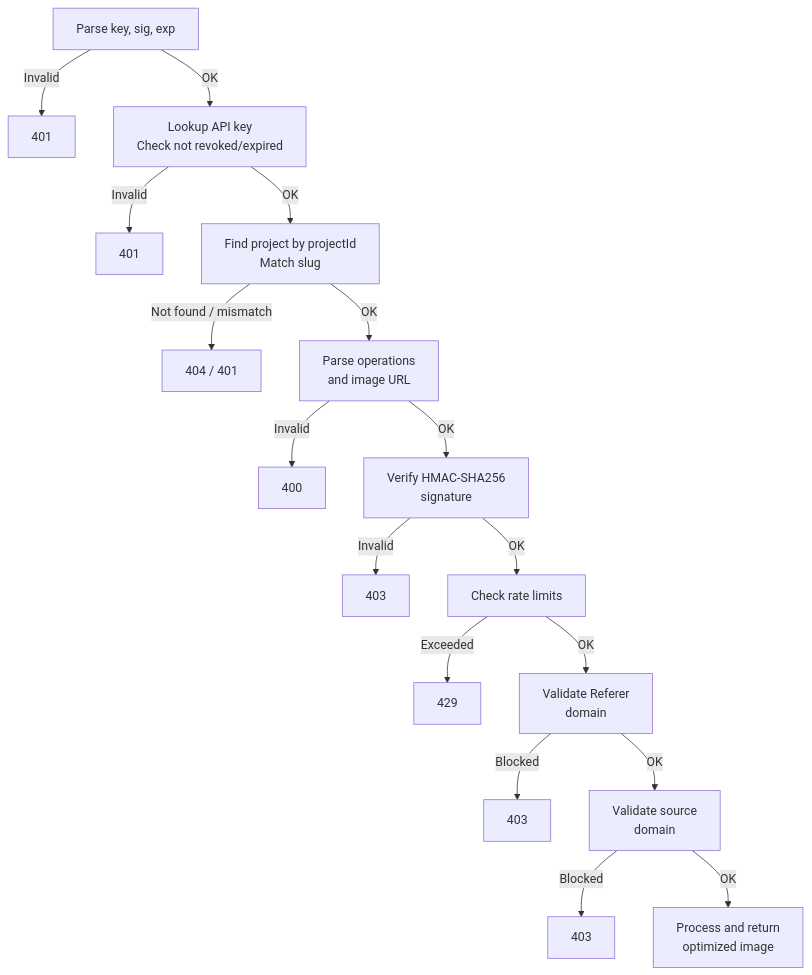
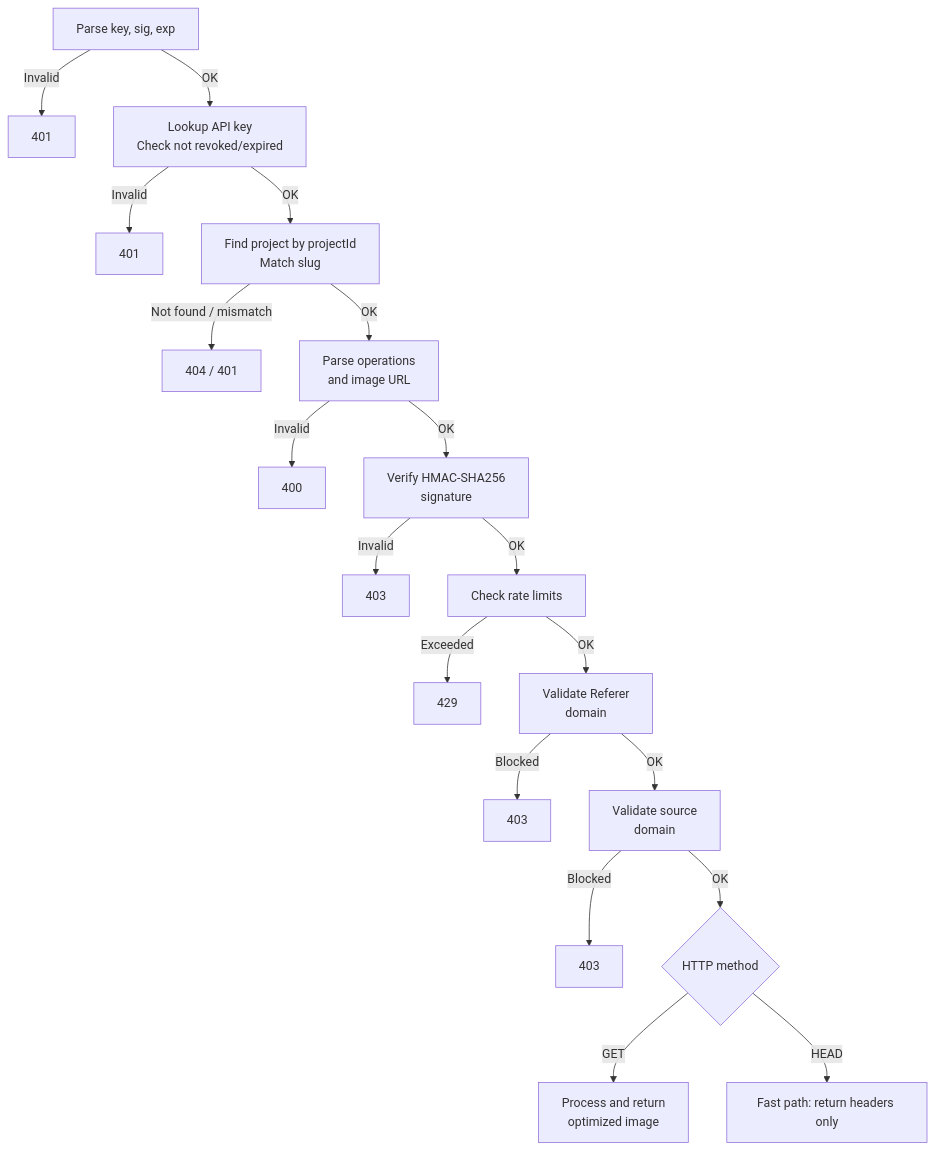
Before and after one commit to EricTsai83/optstuff: the diagram in apps/docs/content/docs/api-reference/endpoint.mdx, drawn with Mermaid. The commit also changed other lines of this file and 12 other files, not shown here.

````diff
--- a/apps/docs/content/docs/api-reference/endpoint.mdx
+++ b/apps/docs/content/docs/api-reference/endpoint.mdx
@@ -74,19 +96,21 @@
 ```mermaid
 flowchart TD
   A["Parse key, sig, exp"] -->|Invalid| E1["401"]
   A -->|OK| B["Lookup API key\nCheck not revoked/expired"]
   B -->|Invalid| E2["401"]
   B -->|OK| C["Find project by projectId\nMatch slug"]
   C -->|"Not found / mismatch"| E3["404 / 401"]
   C -->|OK| D["Parse operations\nand image URL"]
   D -->|Invalid| E4["400"]
   D -->|OK| F["Verify HMAC-SHA256\nsignature"]
   F -->|Invalid| E5["403"]
   F -->|OK| G["Check rate limits"]
   G -->|Exceeded| E6["429"]
   G -->|OK| H["Validate Referer\ndomain"]
   H -->|Blocked| E7["403"]
   H -->|OK| I["Validate source\ndomain"]
   I -->|Blocked| E8["403"]
-  I -->|OK| J["Process and return\noptimized image"]
+  I -->|OK| J{"HTTP method"}
+  J -->|GET| K["Process and return\noptimized image"]
+  J -->|HEAD| L["Fast path: return headers only"]
 ```
````
